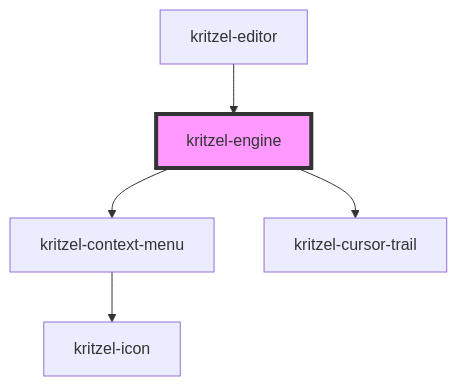
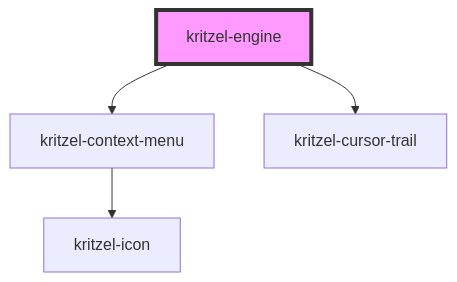
The diagram in packages/libs/kritzel-stencil/src/components/core/kritzel-engine/readme.md (kasual1/kritzel), drawn with Mermaid before and after one commit. The commit also changed other lines of this file and 18 other files, not shown here.

````diff
--- a/packages/libs/kritzel-stencil/src/components/core/kritzel-engine/readme.md
+++ b/packages/libs/kritzel-stencil/src/components/core/kritzel-engine/readme.md
@@ -201,8 +197,7 @@
 ```mermaid
 graph TD;
   kritzel-engine --> kritzel-context-menu
   kritzel-engine --> kritzel-cursor-trail
   kritzel-context-menu --> kritzel-icon
-  kritzel-editor --> kritzel-engine
   style kritzel-engine fill:#f9f,stroke:#333,stroke-width:4px
 ```
````
